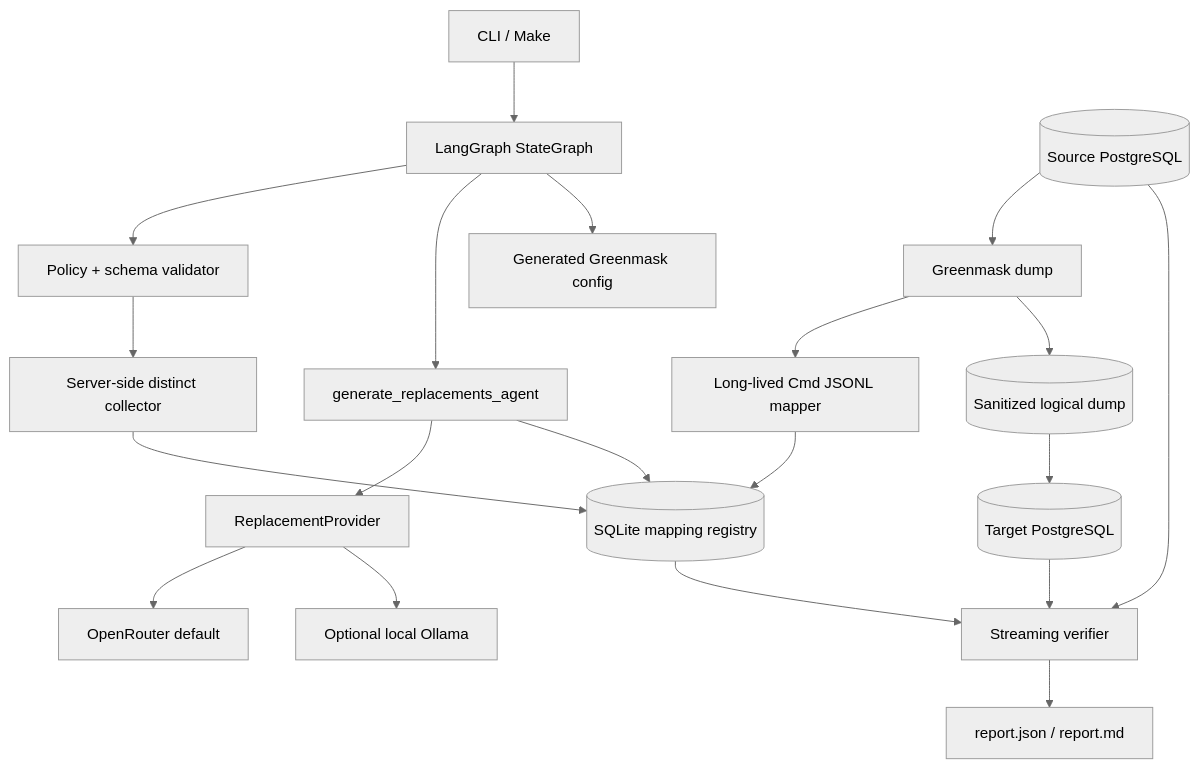
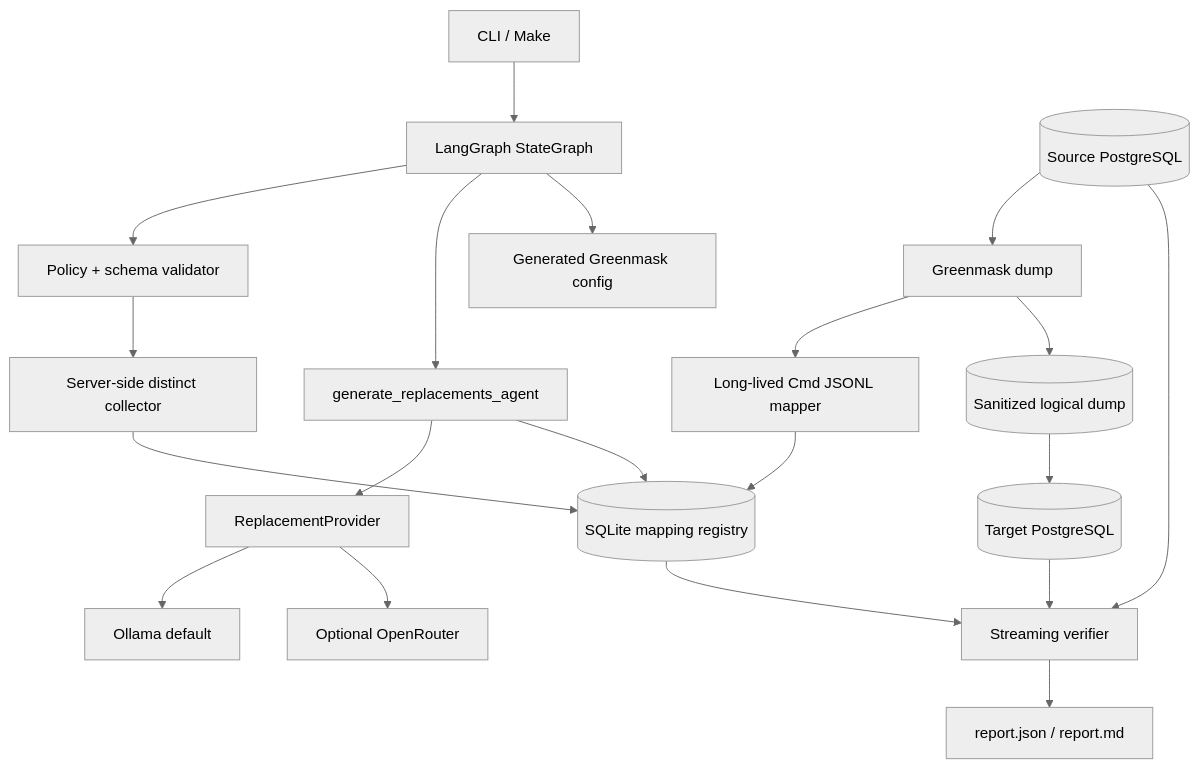
The diagram in templates/architecture.mmd (CrazyAngelm/db-sanitizer), drawn with Mermaid (neutral theme) before and after one commit. The commit also changed 19 other files, not shown here.

```diff
--- a/templates/architecture.mmd
+++ b/templates/architecture.mmd
@@ -1,20 +1,20 @@
 flowchart TD
     CLI[CLI / Make] --> LG[LangGraph StateGraph]
     LG --> P[Policy + schema validator]
     P --> C[Server-side distinct collector]
     C --> R[(SQLite mapping registry)]
     LG --> A[generate_replacements_agent]
     A --> LLM[ReplacementProvider]
-    LLM --> OR[OpenRouter default]
-    LLM --> OL[Optional local Ollama]
+    LLM --> OL[Ollama default]
+    LLM --> OR[Optional OpenRouter]
     A --> R
     LG --> G[Generated Greenmask config]
     S[(Source PostgreSQL)] --> GM[Greenmask dump]
     GM --> M[Long-lived Cmd JSONL mapper]
     M --> R
     GM --> D[(Sanitized logical dump)]
     D --> T[(Target PostgreSQL)]
     S --> V[Streaming verifier]
     T --> V
     R --> V
     V --> REP[report.json / report.md]
```
